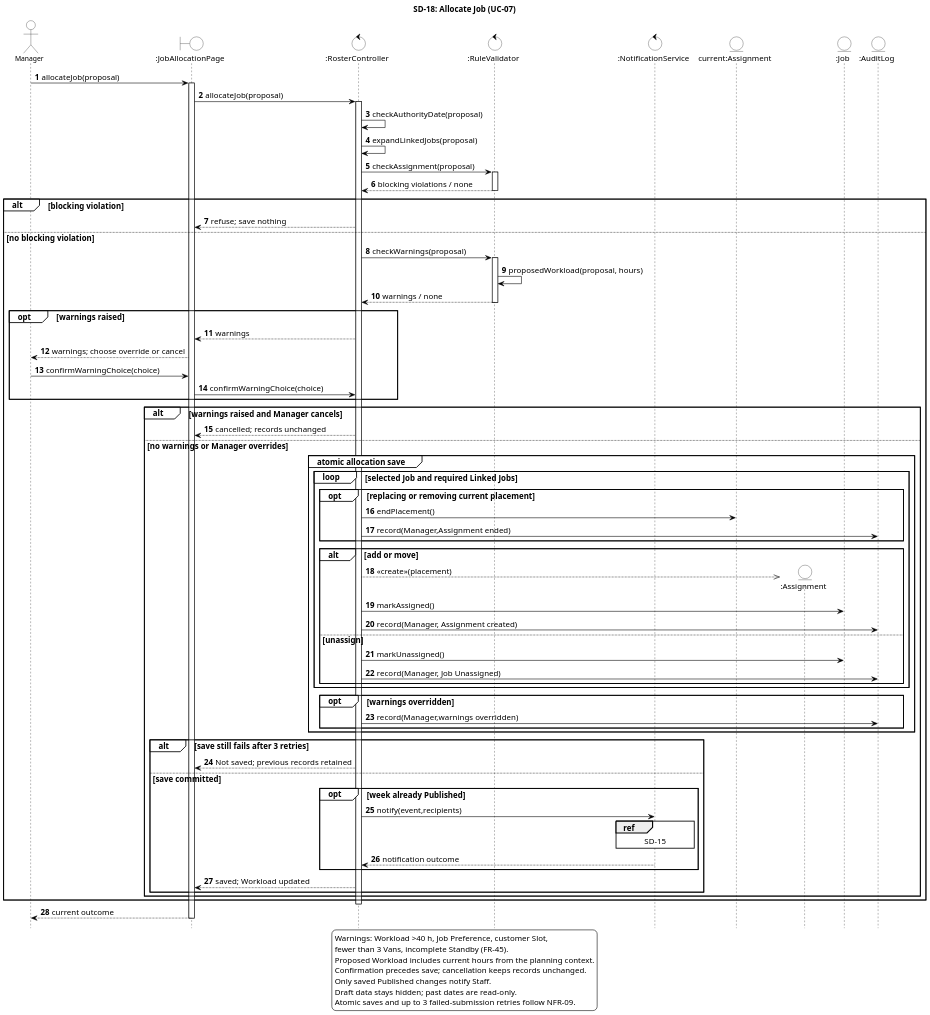
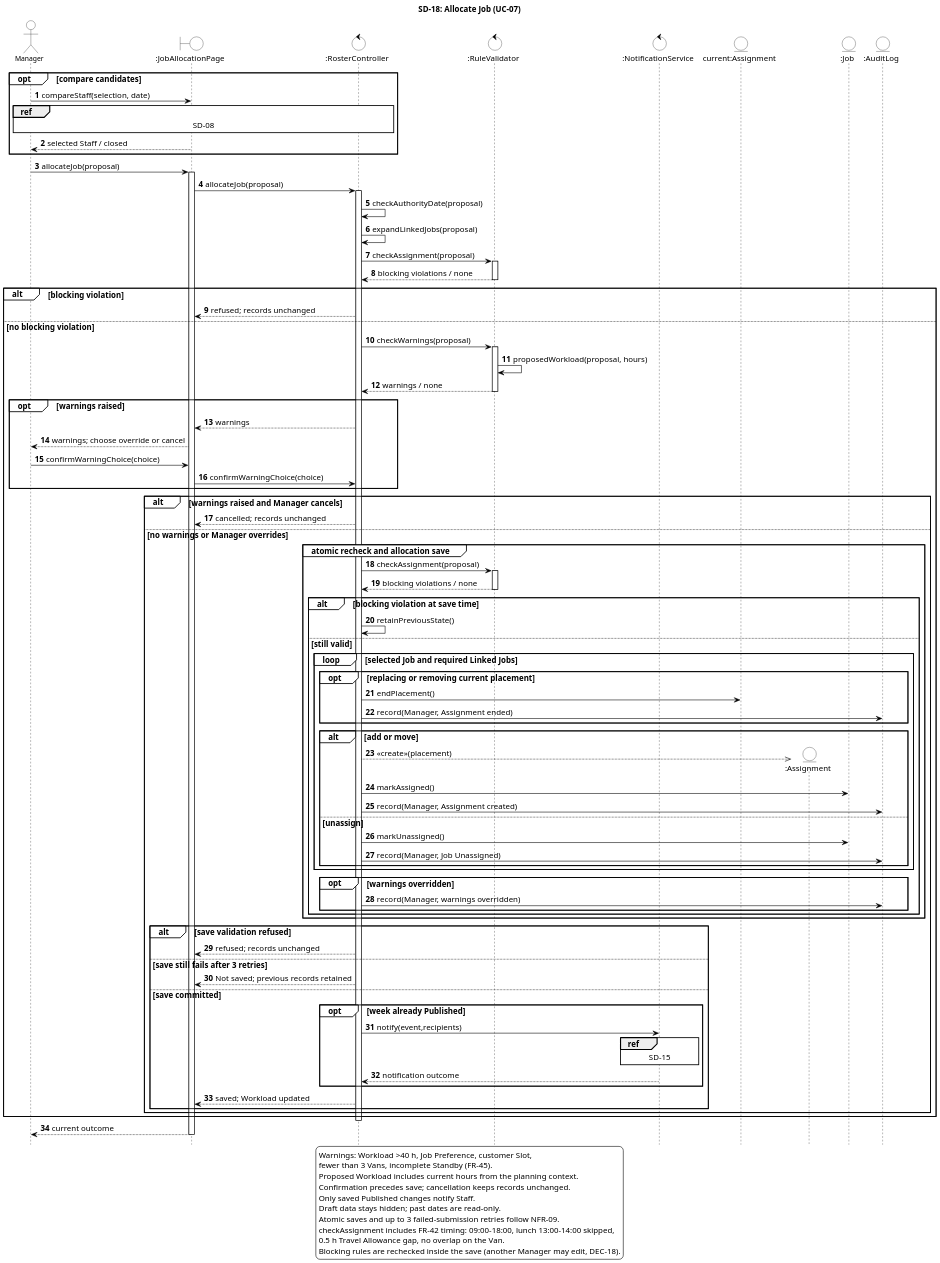
The diagram in diagrams/SD-18-allocate-job.puml (ZadeNova/inf2001-SE), drawn with PlantUML before and after one commit. The commit also changed 4 other files, not shown here.

```diff
--- a/diagrams/SD-18-allocate-job.puml
+++ b/diagrams/SD-18-allocate-job.puml
@@ -1,112 +1,131 @@
 @startuml SD-18-allocate-job
 skinparam backgroundColor white
 skinparam shadowing false
 skinparam defaultFontName Arial
 skinparam defaultFontSize 14
 skinparam ArrowColor black
 skinparam ParticipantBackgroundColor white
 skinparam ParticipantBorderColor black
 skinparam ActorBackgroundColor white
 skinparam ActorBorderColor black
 skinparam BoundaryBackgroundColor white
 skinparam BoundaryBorderColor black
 skinparam ControlBackgroundColor white
 skinparam ControlBorderColor black
 skinparam EntityBackgroundColor white
 skinparam EntityBorderColor black
 skinparam SequenceLifeLineBorderColor black
 skinparam SequenceGroupBorderColor black
 skinparam SequenceGroupBackgroundColor white
 skinparam SequenceReferenceBackgroundColor white
 skinparam SequenceReferenceBorderColor black
 skinparam NoteBackgroundColor white
 skinparam NoteBorderColor black
 skinparam dpi 150
 hide footbox
 skinparam maxMessageSize 420
 skinparam wrapWidth 420
 skinparam sequenceParticipantFontSize 12
 skinparam sequenceActorFontSize 12
+skinparam ParticipantPadding 12
 autonumber
 title SD-18: Allocate Job (UC-07)
-' Traces: UC-07; FR-36, FR-41, FR-42, FR-44, FR-45, FR-50, FR-53, FR-55, FR-64, FR-66, FR-71, NFR-09
+' Traces: UC-07, UC-08; FR-36, FR-41, FR-42, FR-43, FR-44, FR-45, FR-50, FR-53, FR-55, FR-64, FR-66, FR-71, NFR-09
 ' Sources: DEC-10, DEC-11, DEC-19, DEC-31, DEC-32, DEC-39; DEC-55, DEC-56; DEC-57; sequence-diagram-review.md.
 ' Round-2 source: DEC-58; sequence-diagram-review-round-2.md.
 ' Round-3 source: DEC-68; sequence-diagram-review-round-3.md.
+' Consistency fix 2026-10-07: compare option (UC-07 A1); recheck inside the atomic save (DEC-18, as SD-20);
+' FR-42 timing stated in the legend; outcome wording aligned with SD-17 and SD-19.
 actor Manager
 boundary ":JobAllocationPage" as Page
 control ":RosterController" as RC
 control ":RuleValidator" as RV
 control ":NotificationService" as NS
 entity "current:Assignment" as OLD
 entity ":Assignment" as ASG
 entity ":Job" as Job
 entity ":AuditLog" as AL
 
+opt compare candidates
+  Manager -> Page : compareStaff(selection, date)
+  ref over Manager, Page, RC : SD-08
+  Page --> Manager : selected Staff / closed
+end
 Manager -> Page : allocateJob(proposal)
 activate Page
 Page -> RC ++ : allocateJob(proposal)
 RC -> RC : checkAuthorityDate(proposal)
 RC -> RC : expandLinkedJobs(proposal)
 RC -> RV ++ : checkAssignment(proposal)
 RV --> RC -- : blocking violations / none
 alt blocking violation
-  RC --> Page : refuse; save nothing
+  RC --> Page : refused; records unchanged
 else no blocking violation
   RC -> RV ++ : checkWarnings(proposal)
   RV -> RV : proposedWorkload(proposal, hours)
   RV --> RC -- : warnings / none
   opt warnings raised
     RC --> Page : warnings
     Page --> Manager : warnings; choose override or cancel
     Manager -> Page : confirmWarningChoice(choice)
     Page -> RC : confirmWarningChoice(choice)
   end
   alt warnings raised and Manager cancels
     RC --> Page : cancelled; records unchanged
   else no warnings or Manager overrides
-    group atomic allocation save
-      loop selected Job and required Linked Jobs
-        opt replacing or removing current placement
-          RC -> OLD : endPlacement()
-          RC -> AL : record(Manager,Assignment ended)
+    group atomic recheck and allocation save
+      RC -> RV ++ : checkAssignment(proposal)
+      RV --> RC -- : blocking violations / none
+      alt blocking violation at save time
+        RC -> RC : retainPreviousState()
+      else still valid
+        loop selected Job and required Linked Jobs
+          opt replacing or removing current placement
+            RC -> OLD : endPlacement()
+            RC -> AL : record(Manager, Assignment ended)
+          end
+          alt add or move
+            RC -->> ASG ** : <<create>>(placement)
+            RC -> Job : markAssigned()
+            RC -> AL : record(Manager, Assignment created)
+          else unassign
+            RC -> Job : markUnassigned()
+            RC -> AL : record(Manager, Job Unassigned)
+          end
         end
-        alt add or move
-          RC -->> ASG ** : <<create>>(placement)
-          RC -> Job : markAssigned()
-          RC -> AL : record(Manager, Assignment created)
-        else unassign
-          RC -> Job : markUnassigned()
-          RC -> AL : record(Manager, Job Unassigned)
+        opt warnings overridden
+          RC -> AL : record(Manager, warnings overridden)
         end
       end
-      opt warnings overridden
-        RC -> AL : record(Manager,warnings overridden)
-      end
     end
-    alt save still fails after 3 retries
+    alt save validation refused
+      RC --> Page : refused; records unchanged
+    else save still fails after 3 retries
       RC --> Page : Not saved; previous records retained
     else save committed
       opt week already Published
   ' Notification payload: Assignment added, moved or unassigned; removed/added Staff
         RC -> NS : notify(event,recipients)
         ref over NS : SD-15
         NS --> RC : notification outcome
       end
       RC --> Page : saved; Workload updated
     end
   end
 end
 deactivate RC
 Page --> Manager : current outcome
 deactivate Page
 legend bottom
 Warnings: Workload >40 h, Job Preference, customer Slot,
 fewer than 3 Vans, incomplete Standby (FR-45).
 Proposed Workload includes current hours from the planning context.
 Confirmation precedes save; cancellation keeps records unchanged.
 Only saved Published changes notify Staff.
 Draft data stays hidden; past dates are read-only.
 Atomic saves and up to 3 failed-submission retries follow NFR-09.
+checkAssignment includes FR-42 timing: 09:00-18:00, lunch 13:00-14:00 skipped,
+0.5 h Travel Allowance gap, no overlap on the Van.
+Blocking rules are rechecked inside the save (another Manager may edit, DEC-18).
 endlegend
 @enduml
```
